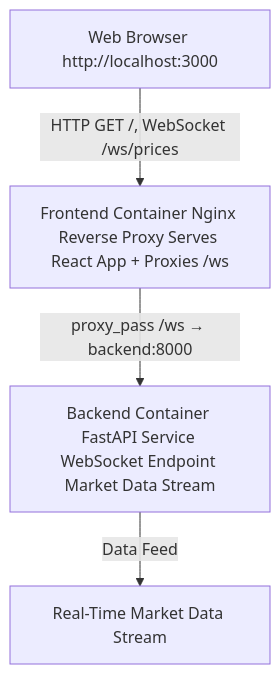
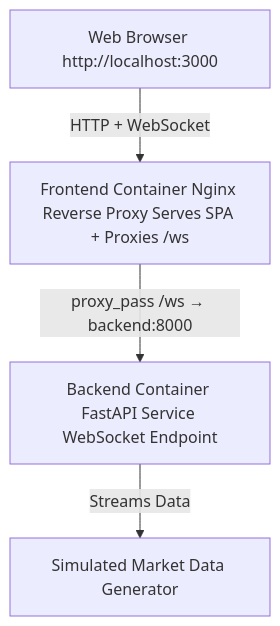
One commit to dekespo/realtime-finance-platform changed the diagram in README.md. Above: the diagram before and after it, drawn with Mermaid. The commit also changed other lines of this file and 2 other files, not shown here.

````diff
--- a/README.md
+++ b/README.md
@@ -23,11 +32,11 @@
 ```mermaid
 flowchart TD
     Browser[Web Browser http://localhost:3000]
-    Nginx[Frontend Container Nginx Reverse Proxy Serves React App + Proxies /ws]
-    Backend[Backend Container FastAPI Service WebSocket Endpoint Market Data Stream]
-    Market[Real-Time Market Data Stream]
+    Nginx[Frontend Container Nginx Reverse Proxy Serves SPA + Proxies /ws]
+    Backend[Backend Container FastAPI Service WebSocket Endpoint]
+    Market[Simulated Market Data Generator]
 
-    Browser -->|HTTP GET /, WebSocket /ws/prices| Nginx
+    Browser -->|HTTP + WebSocket| Nginx
     Nginx -->|proxy_pass /ws → backend:8000| Backend
-    Backend -->|Data Feed| Market
+    Backend -->|Streams Data| Market
 ```
````
